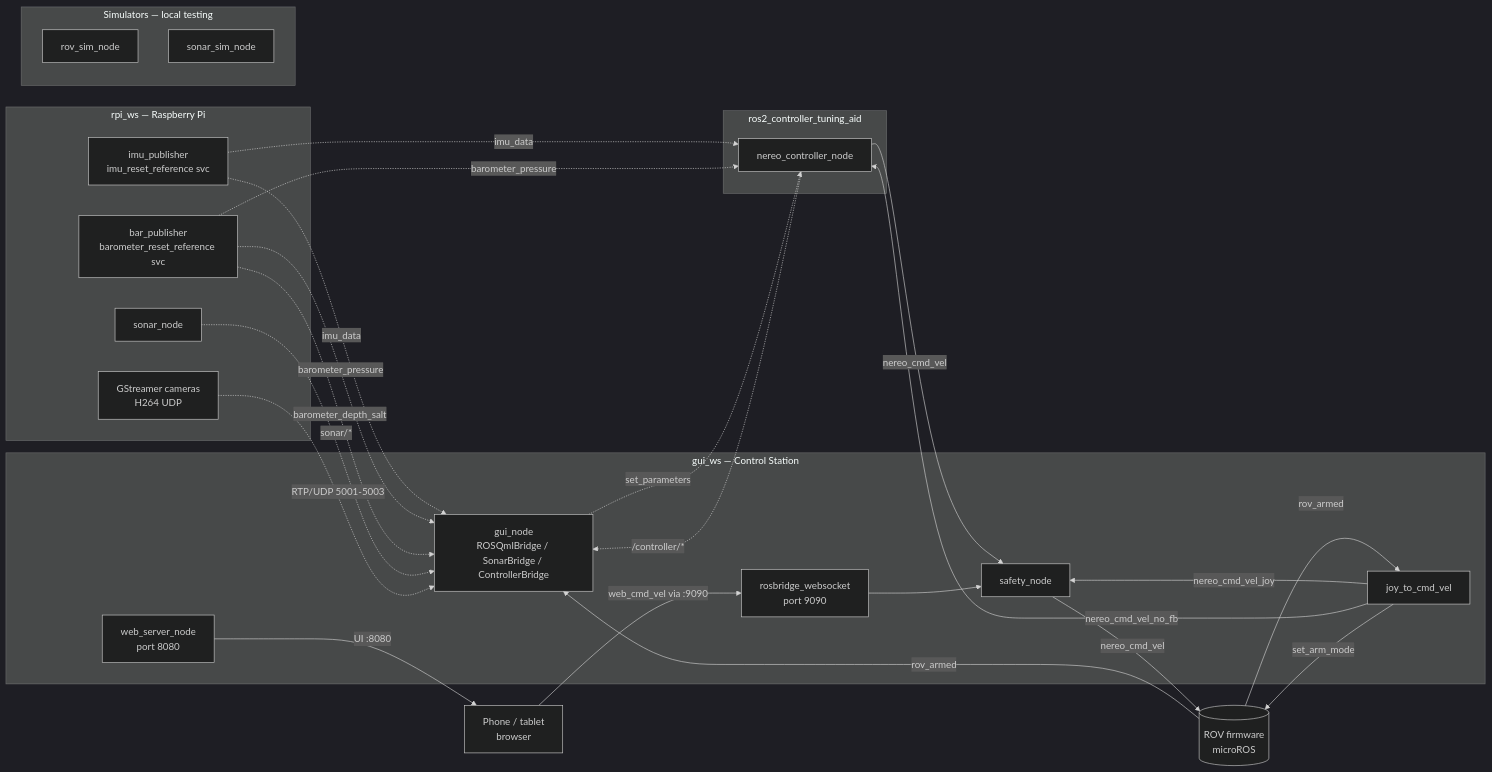
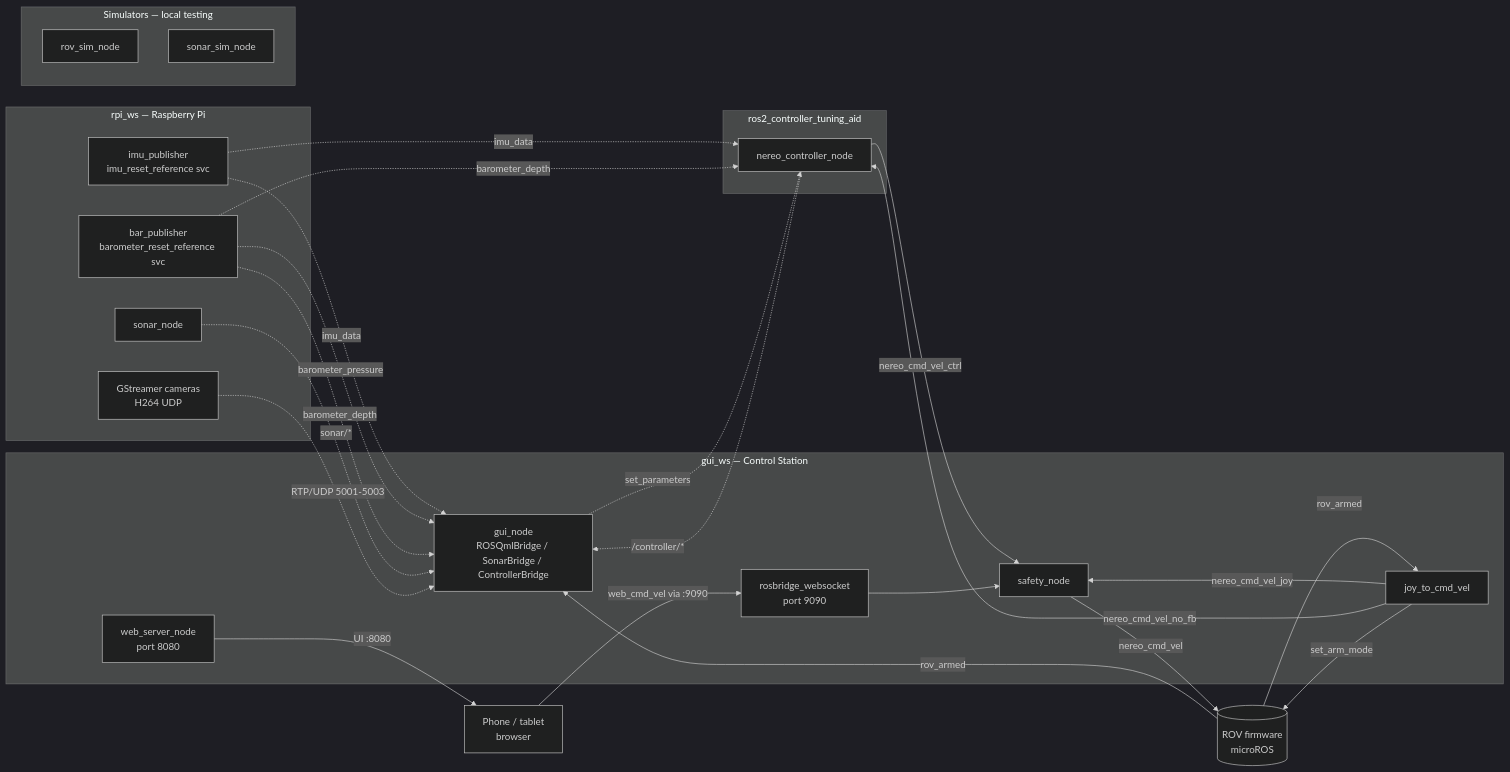
The diagram in README.md (PoliTOcean/nereo_ros2_code), drawn with Mermaid (dark theme) before and after one commit. The commit also changed other lines of this file, not shown here.

First line of the commit message:
docs: describe depth in metres

````diff
--- a/README.md
+++ b/README.md
@@ -265,50 +274,50 @@
 ```mermaid
 graph LR
    subgraph RPI[rpi_ws — Raspberry Pi]
       IMU[imu_publisher\nimu_reset_reference svc]
       BAR[bar_publisher\nbarometer_reset_reference svc]
       SONAR[sonar_node]
       CAM[GStreamer cameras\nH264 UDP]
    end
 
    subgraph CTRL[gui_ws — Control Station]
       GUI[gui_node\nROSQmlBridge / SonarBridge / ControllerBridge]
       JOY[joy_to_cmd_vel]
       SAFETY[safety_node]
       WEB[web_server_node\nport 8080]
       RB[rosbridge_websocket\nport 9090]
    end
 
    subgraph TUNE[ros2_controller_tuning_aid]
       NCN[nereo_controller_node]
    end
 
    subgraph SIM[Simulators — local testing]
       ROVSIM[rov_sim_node]
       SONARSIM[sonar_sim_node]
    end
 
    PHONE[Phone / tablet\nbrowser]
 
    IMU -.->|imu_data| GUI
    IMU -.->|imu_data| NCN
    BAR -.->|barometer_pressure| GUI
-   BAR -.->|barometer_pressure| NCN
-   BAR -.->|barometer_depth_salt| GUI
+   BAR -.->|barometer_depth| GUI
+   BAR -.->|barometer_depth| NCN
    SONAR -.->|sonar/*| GUI
    CAM -.->|RTP/UDP 5001-5003| GUI
 
    JOY -->|nereo_cmd_vel_joy| SAFETY
    JOY -->|nereo_cmd_vel_no_fb| NCN
-   NCN -->|nereo_cmd_vel| SAFETY
+   NCN -->|nereo_cmd_vel_ctrl| SAFETY
    PHONE -->|web_cmd_vel via :9090| RB
    RB --> SAFETY
    WEB -->|UI :8080| PHONE
    SAFETY -->|nereo_cmd_vel| ROV[(ROV firmware\nmicroROS)]
    JOY -->|set_arm_mode| ROV
    ROV -->|rov_armed| GUI
    ROV -->|rov_armed| JOY
 
    GUI -.->|set_parameters| NCN
    NCN -.->|/controller/*| GUI
 ```
````
